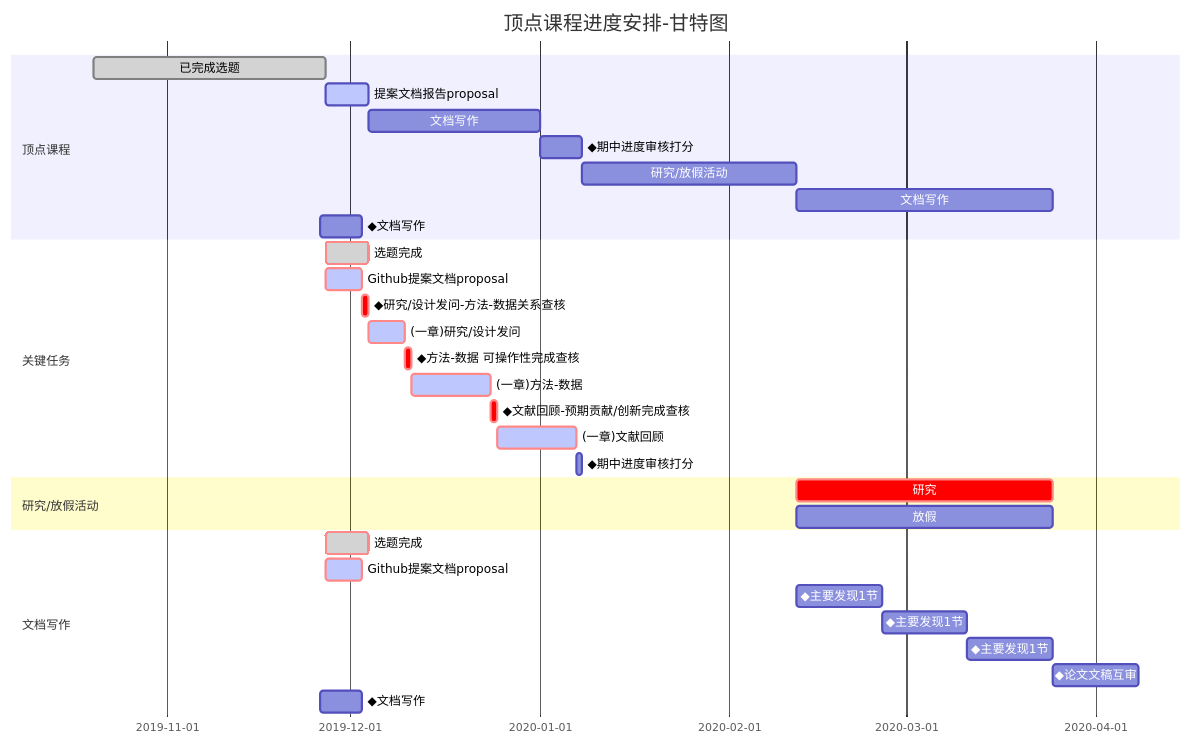
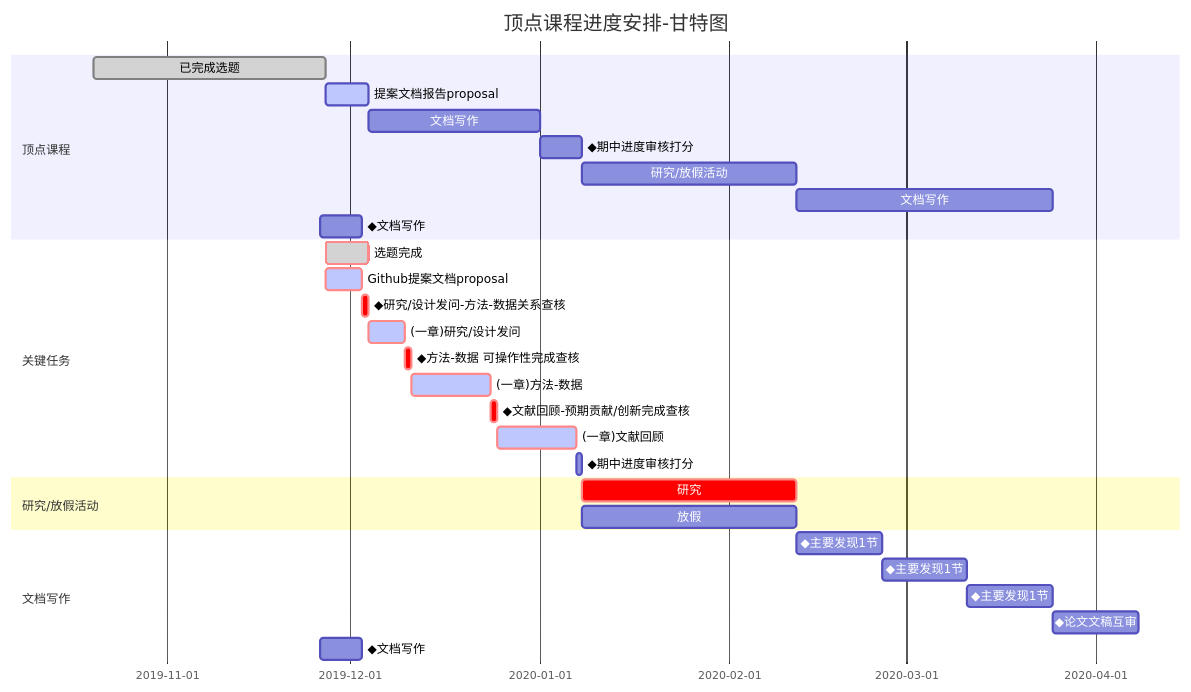
The diagram in prjs/proposal.md (q3466141541/CapstoneProject), drawn with Mermaid before and after one commit.

```diff
--- a/prjs/proposal.md
+++ b/prjs/proposal.md
@@ -96,40 +96,38 @@
 <div class="mermaid" style="background-color:lightgreen;"> 
 gantt
        dateFormat  YYYY-MM-DD
        title 顶点课程进度安排-甘特图
 
        section 顶点课程
        已完成选题                :done,    des1, 2019-10-20,2019-11-27
        提案文档报告proposal      :active,  des2, 2019-11-27, 7d
        文档写作                  :         des3, after des2, 28d
        ◆期中进度审核打分         :         des4, after des3, 7d
        研究/放假活动             :         des5, after des4, 35d
        文档写作:主要发现         :         des6, after des5, 42d
        ◆文档写作:全文提交(TBA待定):         des7, after des6, 7d
 
        section 关键任务
        选题完成                  :crit, done, after des1, 7d
        Github提案文档proposal    :crit, active, 2019-11-27,6d
        ◆研究/设计发问-方法-数据关系查核  :crit, 1d
        (一章)研究/设计发问       :crit, active, 2019-12-04,6d
        ◆方法-数据 可操作性完成查核       :crit, 1d
        (一章)方法-数据           :crit, active, 2019-12-11,13d
        ◆文献回顾-预期贡献/创新完成查核     :crit, 1d
        (一章)文献回顾           :crit, active, 2019-12-25,13d
        ◆期中进度审核打分                   :1d
 
        section 研究/放假活动
-       研究                     :crit, after des5, 42d
-       放假                     :      vac1, after des5, 42d
+       研究                     :crit, after des4, 35d
+       放假                     :      vac1, after des4, 35d
 
        section 文档写作
-       选题完成                  :crit, done, after des1, 7d
-       Github提案文档proposal    :crit, active, 2019-11-27,6d
        ◆主要发现1节              : finding1, after des5, 14d
        ◆主要发现1节              : finding2, after finding1, 14d
        ◆主要发现1节              : finding3, after finding2, 14d
        ◆论文文稿互审             : peerreview, after finding3, 14d
        ◆文档写作:全文提交(TBA待定):    des7, after des6, 7d
 
 
 </div>
```
